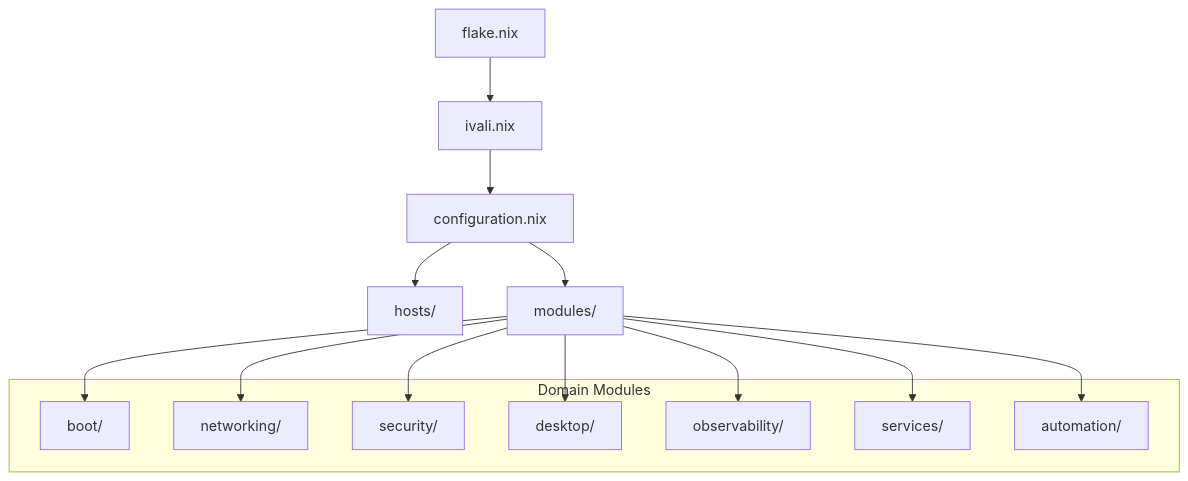
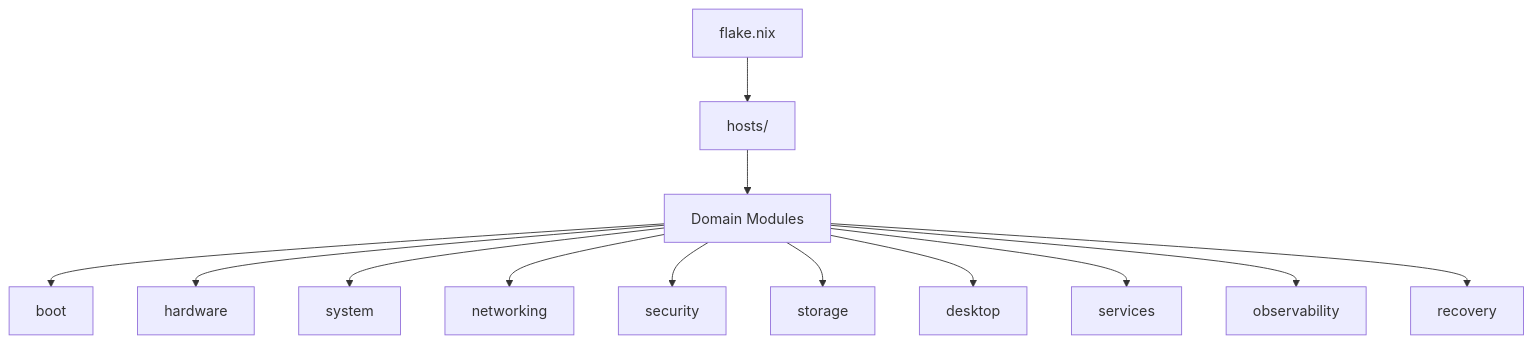
Before and after one commit to itsivali/nixos-infrastructure: the first of 2 diagrams in ARCHITECTURE.md, drawn with Mermaid. The commit also changed other lines of this file and 18 other files, not shown here.

````diff
--- a/ARCHITECTURE.md
+++ b/ARCHITECTURE.md
@@ -217,25 +930,16 @@
 ```mermaid
 graph TD
-    flake[flake.nix] --> ivali[ivali.nix]
-    ivali --> config[configuration.nix]
-    config --> hosts[hosts/]
-    config --> modules[modules/]
-    
-    subgraph "Domain Modules"
-        boot[boot/]
-        networking[networking/]
-        security[security/]
-        desktop[desktop/]
-        observability[observability/]
-        services[services/]
-        automation[automation/]
-    end
-    
-    modules --> boot
-    modules --> networking
-    modules --> security
-    modules --> desktop
-    modules --> observability
-    modules --> services
-    modules --> automation
+    flake[flake.nix] --> hosts[hosts/]
+    hosts --> domains[Domain Modules]
+
+    domains --> boot[boot]
+    domains --> hardware[hardware]
+    domains --> system[system]
+    domains --> networking[networking]
+    domains --> security[security]
+    domains --> storage[storage]
+    domains --> desktop[desktop]
+    domains --> services[services]
+    domains --> observability[observability]
+    domains --> recovery[recovery]
 ```
````
